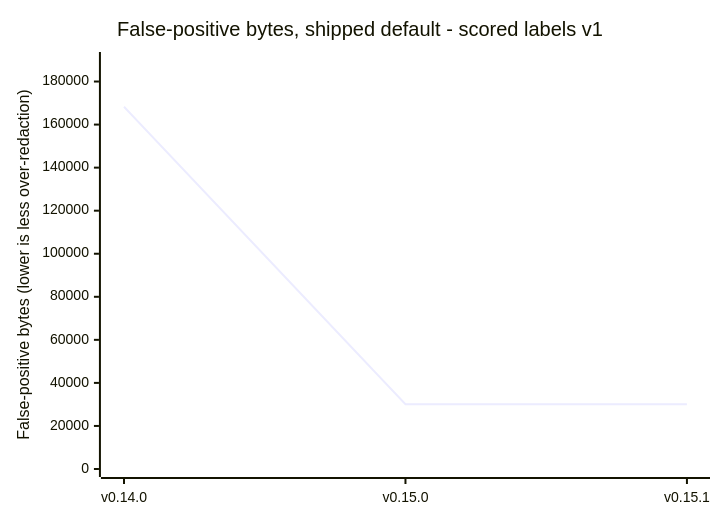
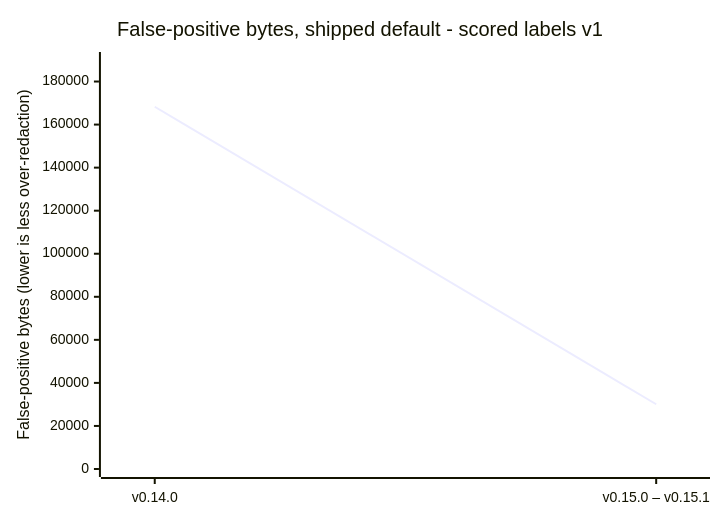
Before and after one commit to CertaMesh/gaze: the third of 3 diagrams in docs/reference/benchmarks/README.md, drawn with Mermaid. The commit also changed other lines of this file and 4 other files, not shown here.

````diff
--- a/docs/reference/benchmarks/README.md
+++ b/docs/reference/benchmarks/README.md
@@ -356,7 +356,7 @@
 ```mermaid
 xychart-beta
     title "False-positive bytes, shipped default - scored labels v1"
-    x-axis ["v0.14.0", "v0.15.0", "v0.15.1"]
+    x-axis ["v0.14.0", "v0.15.0 – v0.15.1"]
     y-axis "False-positive bytes (lower is less over-redaction)" 0 --> 190000
-    line [168276, 30073, 30073]
+    line [168276, 30073]
 ```
````
